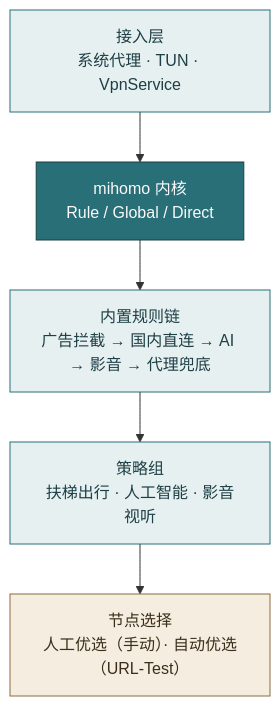
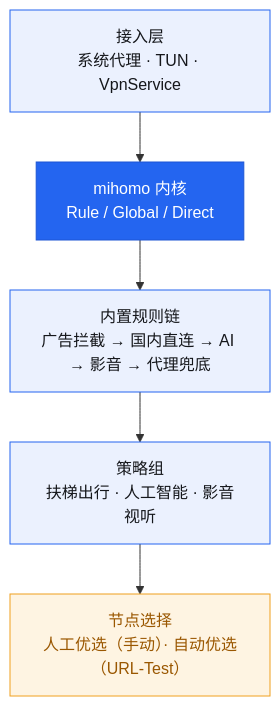
Before and after one commit to akaspyrean/clashedge: the second of 3 diagrams in README.md, drawn with Mermaid. The commit also changed other lines of this file, not shown here.

Commit message:
docs: apply ClashEdge brand colors to badges and mermaid diagrams (#45)

````diff
--- a/README.md
+++ b/README.md
@@ -80,13 +80,13 @@
 ```mermaid
 flowchart TB
     NET["接入层<br/>系统代理 · TUN · VpnService"] --> CORE["mihomo 内核<br/>Rule / Global / Direct"]
     CORE --> CHAIN["内置规则链<br/>广告拦截 → 国内直连 → AI → 影音 → 代理兜底"]
     CHAIN --> GROUPS["策略组<br/>扶梯出行 · 人工智能 · 影音视听"]
     GROUPS --> PICK["节点选择<br/>人工优选（手动）· 自动优选（URL-Test）"]
-    classDef brand fill:#286F78,stroke:#1D3F45,color:#FBF9F9
-    classDef soft fill:#E7F0F1,stroke:#286F78,color:#1D3F45
-    classDef warm fill:#F4EDE0,stroke:#8C6D3F,color:#3B2E1A
+    classDef brand fill:#2465F0,stroke:#1C55D4,color:#FFFFFF
+    classDef soft fill:#EBF1FE,stroke:#2465F0,color:#15171B
+    classDef warn fill:#FEF4E2,stroke:#F0A01E,color:#9A5700
     class CORE brand
     class NET,CHAIN,GROUPS soft
-    class PICK warm
+    class PICK warn
 ```
````
